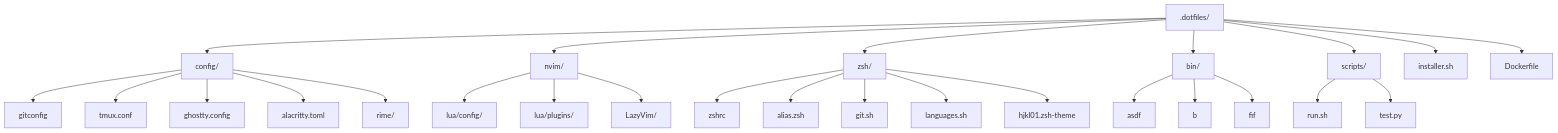
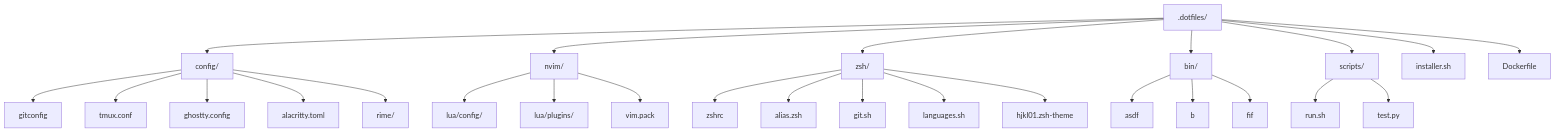
One commit to hjkl01/dotfiles changed the diagram in readme.md. Above: the diagram before and after it, drawn with Mermaid. The commit also changed other lines of this file and 2 other files, not shown here.

````diff
--- a/readme.md
+++ b/readme.md
@@ -290,33 +290,33 @@
 ```mermaid
 graph TD
     A[.dotfiles/] --> B[config/]
     A --> C[nvim/]
     A --> D[zsh/]
     A --> E[bin/]
     A --> F[scripts/]
     A --> G[installer.sh]
     A --> H[Dockerfile]
     
     B --> B1[gitconfig]
     B --> B2[tmux.conf]
     B --> B3[ghostty.config]
     B --> B4[alacritty.toml]
     B --> B5[rime/]
     
     C --> C1[lua/config/]
     C --> C2[lua/plugins/]
-    C --> C3[LazyVim/]
+    C --> C3[vim.pack]
     
     D --> D1[zshrc]
     D --> D2[alias.zsh]
     D --> D3[git.sh]
     D --> D4[languages.sh]
     D --> D5[hjkl01.zsh-theme]
     
     E --> E1[asdf]
     E --> E2[b]
     E --> E3[fif]
     
     F --> F1[run.sh]
     F --> F2[test.py]
 ```
````
